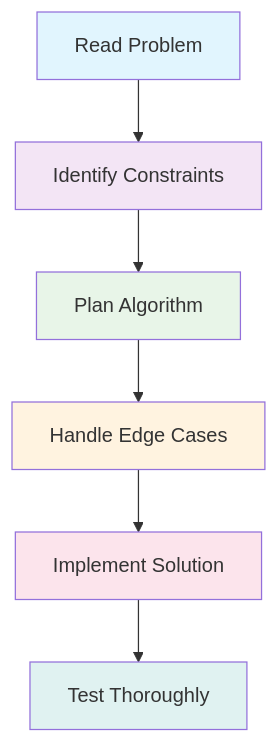
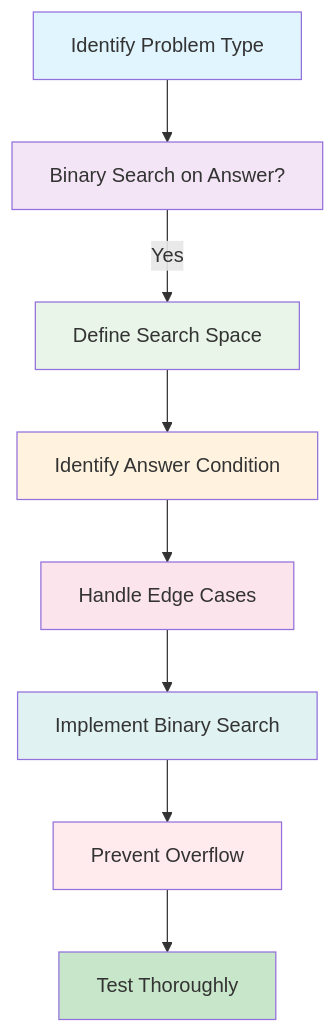
One commit to LuckyLongre123/README_RUNNER changed diagram 12 of 14 in README.md. Above: the diagram before and after it, drawn with Mermaid. The commit also changed other lines of this file, not shown here.

````diff
--- a/README.md
+++ b/README.md
@@ -323,15 +377,19 @@
 ```mermaid
 flowchart TD
-    A[Read Problem] --> B[Identify Constraints]
-    B --> C[Plan Algorithm]
-    C --> D[Handle Edge Cases]
-    D --> E[Implement Solution]
-    E --> F[Test Thoroughly]
+    A[Identify Problem Type] --> B[Binary Search on Answer?]
+    B -->|Yes| C[Define Search Space]
+    C --> D[Identify Answer Condition]
+    D --> E[Handle Edge Cases]
+    E --> F[Implement Binary Search]
+    F --> G[Prevent Overflow]
+    G --> H[Test Thoroughly]
     
     style A fill:#e1f5fe
     style B fill:#f3e5f5
     style C fill:#e8f5e8
     style D fill:#fff3e0
     style E fill:#fce4ec
     style F fill:#e0f2f1
+    style G fill:#ffebee
+    style H fill:#c8e6c9
 ```
````
